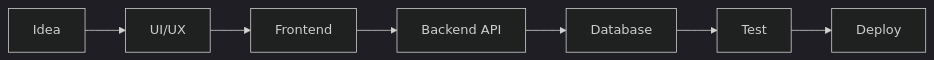
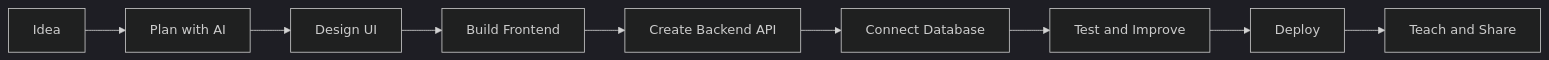
One commit to mernstack01/mernstack01 changed the diagram in README.md. Above: the diagram before and after it, drawn with Mermaid (dark theme). The commit also changed other lines of this file, not shown here.

````diff
--- a/README.md
+++ b/README.md
@@ -156,9 +194,11 @@
 ```mermaid
 flowchart LR
-  A[Idea] --> B[UI/UX]
-  B --> C[Frontend]
-  C --> D[Backend API]
-  D --> E[Database]
-  E --> F[Test]
-  F --> G[Deploy]
+  A[Idea] --> B[Plan with AI]
+  B --> C[Design UI]
+  C --> D[Build Frontend]
+  D --> E[Create Backend API]
+  E --> F[Connect Database]
+  F --> G[Test and Improve]
+  G --> H[Deploy]
+  H --> I[Teach and Share]
 ```
````
